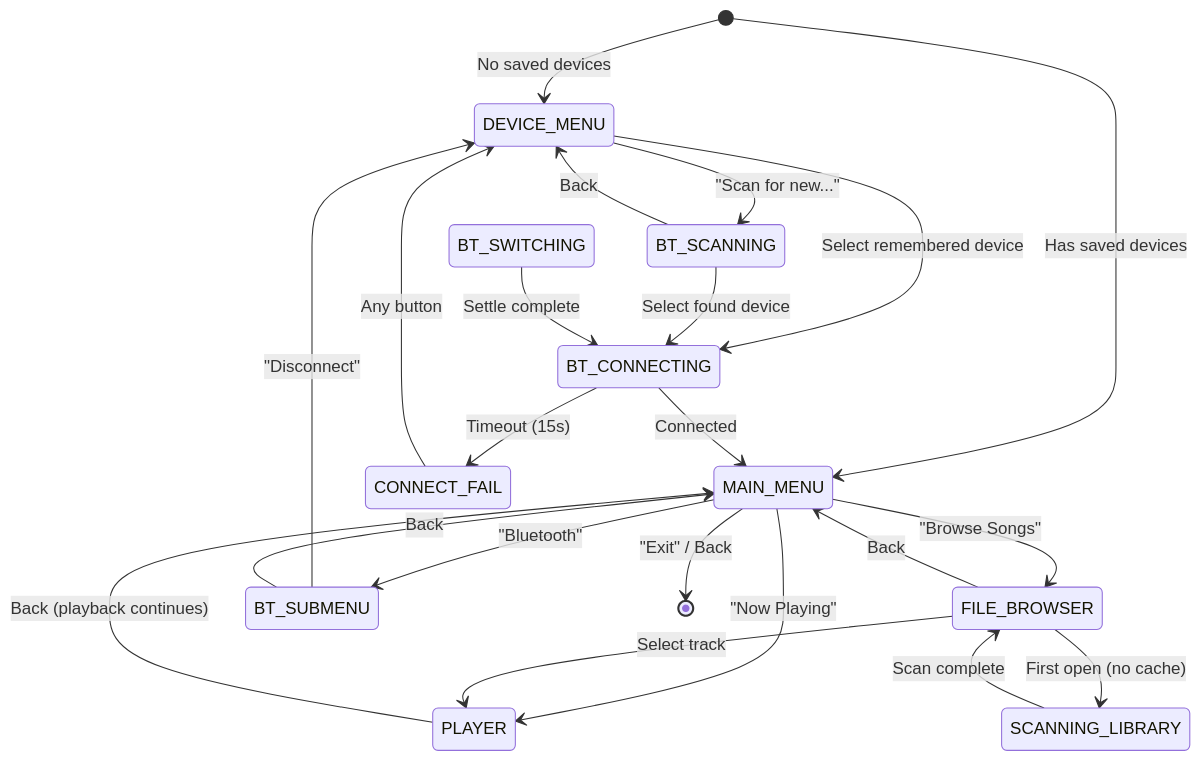
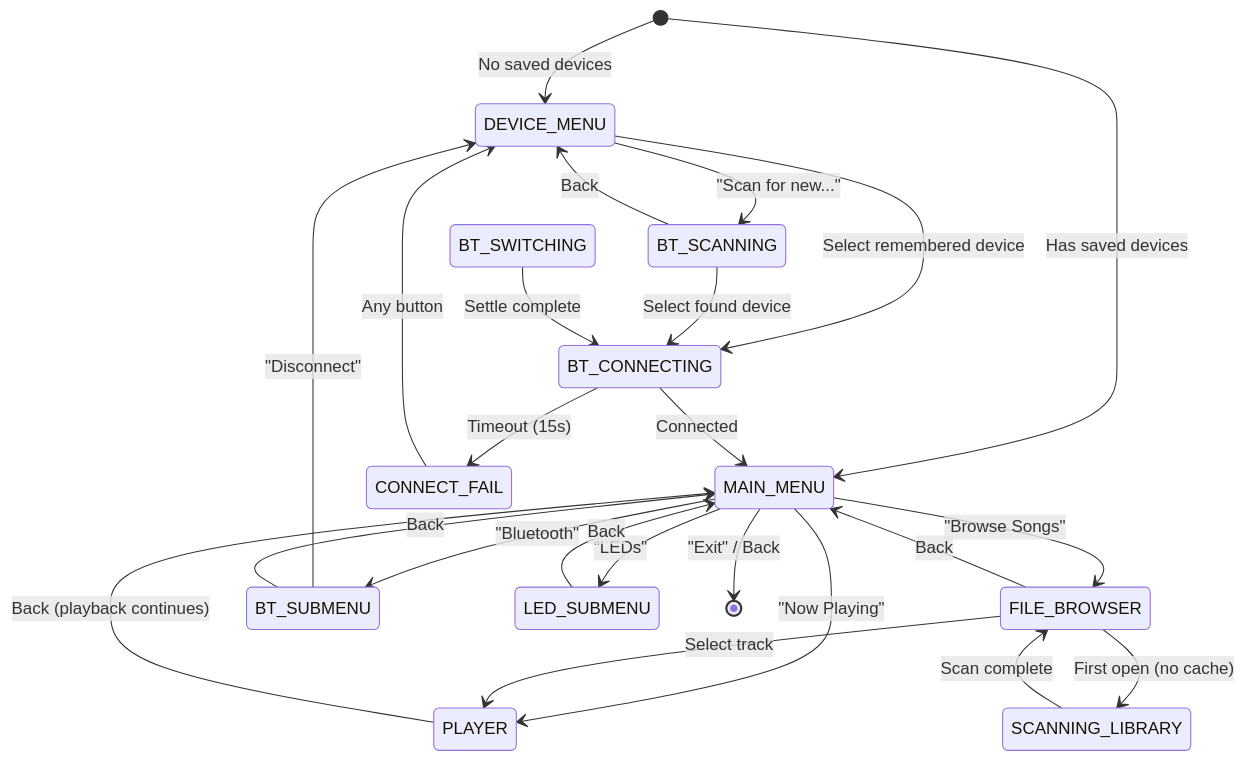
One commit to CyberFidget/cyberfidget-docs changed the diagram in docs/firmware/music-player.md. Above: the diagram before and after it, drawn with Mermaid. The commit also changed other lines of this file and 2 other files, not shown here.

````diff
--- a/docs/firmware/music-player.md
+++ b/docs/firmware/music-player.md
@@ -24,34 +24,37 @@
 ```mermaid
 stateDiagram-v2
     [*] --> DEVICE_MENU : No saved devices
     [*] --> MAIN_MENU : Has saved devices
 
     DEVICE_MENU --> BT_SCANNING : "Scan for new..."
     DEVICE_MENU --> BT_CONNECTING : Select remembered device
 
     BT_SCANNING --> BT_CONNECTING : Select found device
     BT_SCANNING --> DEVICE_MENU : Back
 
     BT_CONNECTING --> MAIN_MENU : Connected
     BT_CONNECTING --> CONNECT_FAIL : Timeout (15s)
 
     CONNECT_FAIL --> DEVICE_MENU : Any button
 
     MAIN_MENU --> PLAYER : "Now Playing"
     MAIN_MENU --> FILE_BROWSER : "Browse Songs"
     MAIN_MENU --> BT_SUBMENU : "Bluetooth"
+    MAIN_MENU --> LED_SUBMENU : "LEDs"
     MAIN_MENU --> [*] : "Exit" / Back
 
     BT_SUBMENU --> DEVICE_MENU : "Disconnect"
     BT_SUBMENU --> MAIN_MENU : Back
+
+    LED_SUBMENU --> MAIN_MENU : Back
 
     FILE_BROWSER --> SCANNING_LIBRARY : First open (no cache)
     FILE_BROWSER --> PLAYER : Select track
     FILE_BROWSER --> MAIN_MENU : Back
 
     SCANNING_LIBRARY --> FILE_BROWSER : Scan complete
 
     PLAYER --> MAIN_MENU : Back (playback continues)
 
     BT_SWITCHING --> BT_CONNECTING : Settle complete
 ```
````
